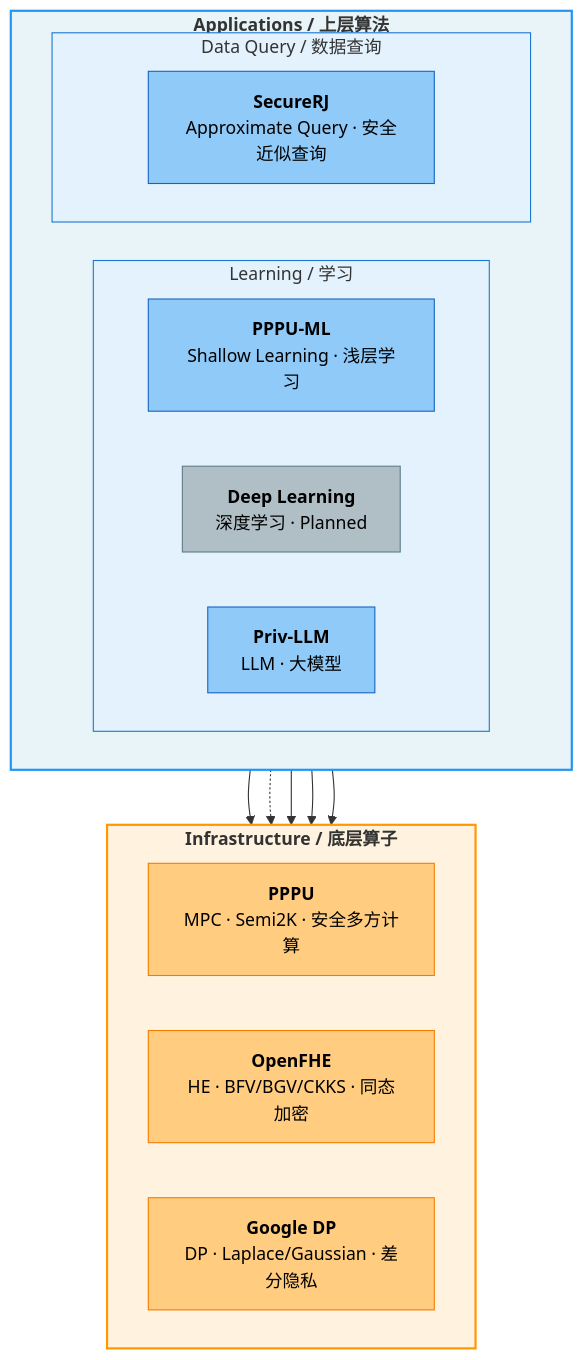
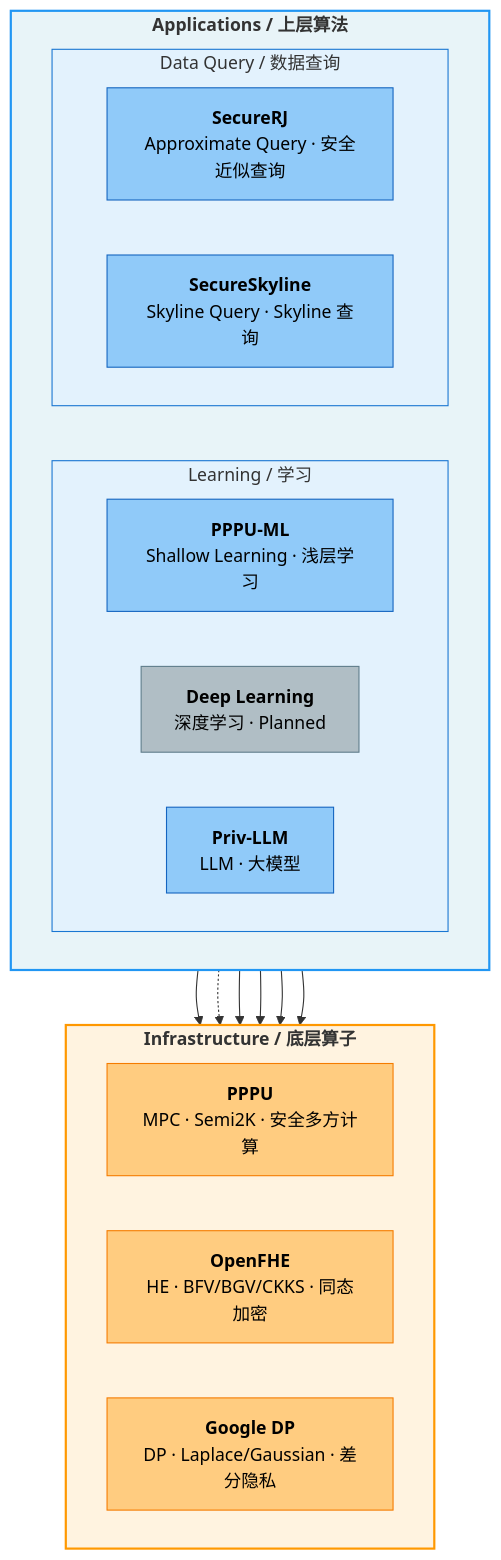
Before and after one commit to nezha-privacy/.github: the diagram in profile/README.md, drawn with Mermaid. The commit also changed other lines of this file, not shown here.

Commit message:
docs: add SecureSkyline to architecture diagram and repo index

````diff
--- a/profile/README.md
+++ b/profile/README.md
@@ -11,43 +11,47 @@
 ```mermaid
 flowchart TD
 
   subgraph Applications["<b>Applications / 上层算法</b>"]
     direction LR
 
     subgraph Learning["Learning / 学习"]
       direction LR
       PPPU_ML["<b>PPPU-ML</b><br/>Shallow Learning · 浅层学习"]
       DL["<b>Deep Learning</b><br/>深度学习 · Planned"]
       Priv_LLM["<b>Priv-LLM</b><br/>LLM · 大模型"]
     end
 
     subgraph Query["Data Query / 数据查询"]
+      direction LR
       SecureRJ["<b>SecureRJ</b><br/>Approximate Query · 安全近似查询"]
+      SecureSkyline["<b>SecureSkyline</b><br/>Skyline Query · Skyline 查询"]
     end
   end
 
   subgraph Infrastructure["<b>Infrastructure / 底层算子</b>"]
     direction LR
     PPPU["<b>PPPU</b><br/>MPC · Semi2K · 安全多方计算"]
     OpenFHE["<b>OpenFHE</b><br/>HE · BFV/BGV/CKKS · 同态加密"]
     GoogleDP["<b>Google DP</b><br/>DP · Laplace/Gaussian · 差分隐私"]
   end
 
   PPPU_ML --> PPPU
   DL -.-> PPPU
   Priv_LLM --> PPPU
   Priv_LLM --> OpenFHE
   SecureRJ --> PPPU
+  SecureSkyline --> PPPU
 
   style Applications fill:#e8f4f8,stroke:#2196F3,stroke-width:2px,color:#333
   style Learning fill:#e3f2fd,stroke:#1976D2,stroke-width:1px,color:#333
   style Query fill:#e3f2fd,stroke:#1976D2,stroke-width:1px,color:#333
   style Infrastructure fill:#fff3e0,stroke:#FF9800,stroke-width:2px,color:#333
   style PPPU fill:#ffcc80,stroke:#F57C00,color:#000
   style OpenFHE fill:#ffcc80,stroke:#F57C00,color:#000
   style GoogleDP fill:#ffcc80,stroke:#F57C00,color:#000
   style PPPU_ML fill:#90caf9,stroke:#1565C0,color:#000
   style DL fill:#b0bec5,stroke:#607D8B,color:#000
   style Priv_LLM fill:#90caf9,stroke:#1565C0,color:#000
   style SecureRJ fill:#90caf9,stroke:#1565C0,color:#000
+  style SecureSkyline fill:#90caf9,stroke:#1565C0,color:#000
 ```
````
